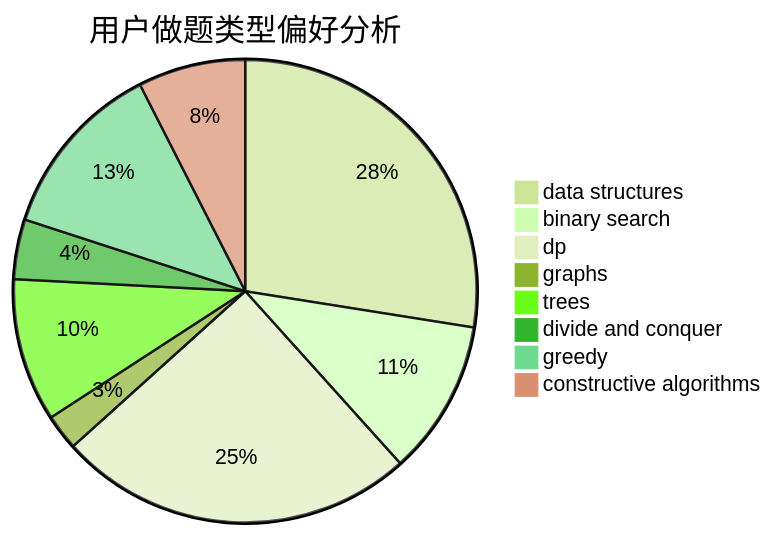
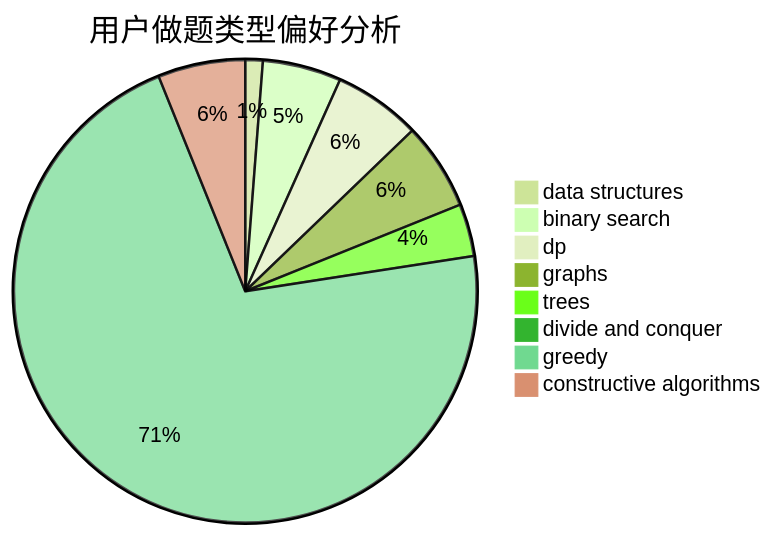
The second of 3 diagrams in docs/user/u938.md (sherpahu/cfrs.github.io), drawn with Mermaid (forest theme) before and after one commit. The commit also changed other lines of this file and 2770 other files, not shown here.

````diff
--- a/docs/user/u938.md
+++ b/docs/user/u938.md
@@ -23,11 +23,11 @@
 ```mermaid
 pie title 用户做题类型偏好分析
-    "data structures" :  33
-    "binary search" :  13
-    "dp" :  30
-    "graphs" :  3
-    "trees" :  12
-    "divide and conquer" :  5
-    "greedy" :  15
-    "constructive algorithms" :  9
+    "data structures" :  2
+    "binary search" :  9
+    "dp" :  10
+    "graphs" :  10
+    "trees" :  6
+    "divide and conquer" :  1
+    "greedy" :  117
+    "constructive algorithms" :  10
 ```
````
